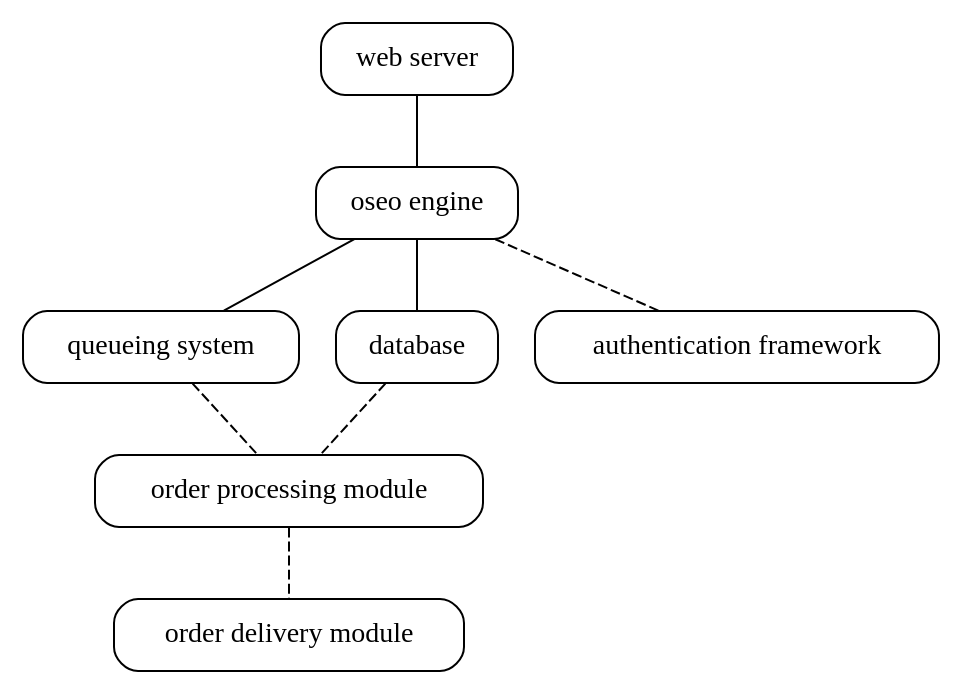
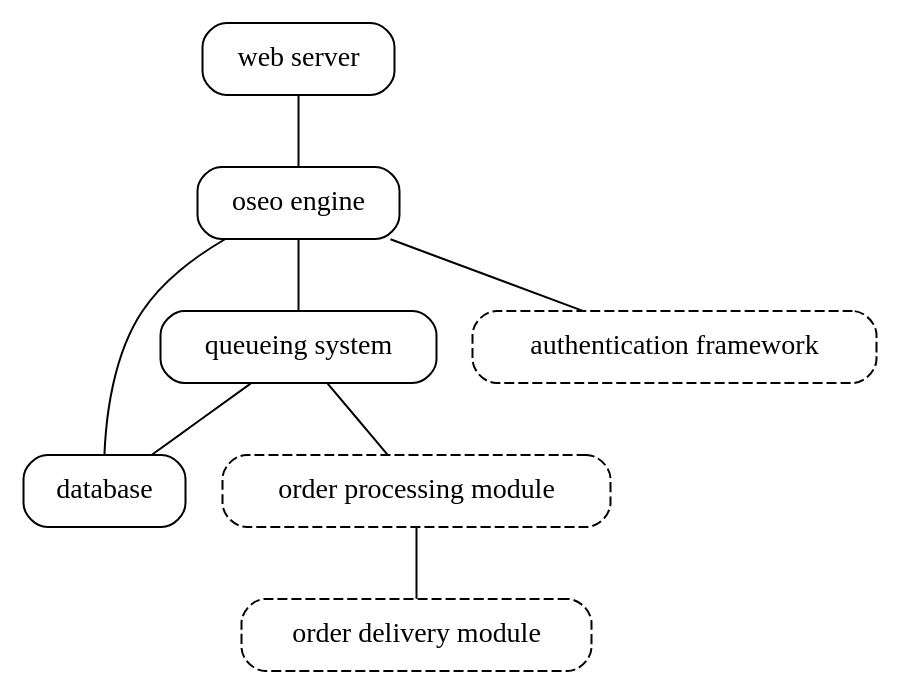
Before and after one commit to pyoseo/pyoseo: the diagram in docs/introduction.rst, drawn with Graphviz. The commit also changed other lines of this file and 1 other file, not shown here.

```diff
--- a/docs/introduction.rst
+++ b/docs/introduction.rst
@@ -32,18 +32,18 @@
 .. graphviz::
 
    graph pyoseo_components {
        "web server" [shape = "box" style = "rounded"];
        "oseo engine" [shape = "box" style = "rounded"];
        "queueing system" [shape = "box" style = "rounded"];
        "database" [shape = "box" style = "rounded"];
-       "authentication framework" [shape = "box" style = "rounded"];
-       "order processing module" [shape = "box" style = "rounded"];
-       "order delivery module" [shape = "box" style = "rounded"];
+       "authentication framework" [shape = "box" style = "rounded, dashed"];
+       "order processing module" [shape = "box" style = "rounded, dashed"];
+       "order delivery module" [shape = "box" style = "rounded, dashed"];
        "web server" -- "oseo engine";
+       "oseo engine" -- "database";
        "oseo engine" -- "queueing system";
-       "oseo engine" -- "database";
-       "oseo engine" -- "authentication framework" [style = "dashed"];
-       "queueing system" -- "order processing module" [style = "dashed"];
-       "database" -- "order processing module" [style = "dashed"];
-       "order processing module" -- "order delivery module" [style = "dashed"];
+       "oseo engine" -- "authentication framework";
+       "queueing system" -- "database";
+       "queueing system" -- "order processing module";
+       "order processing module" -- "order delivery module";
    }
```
